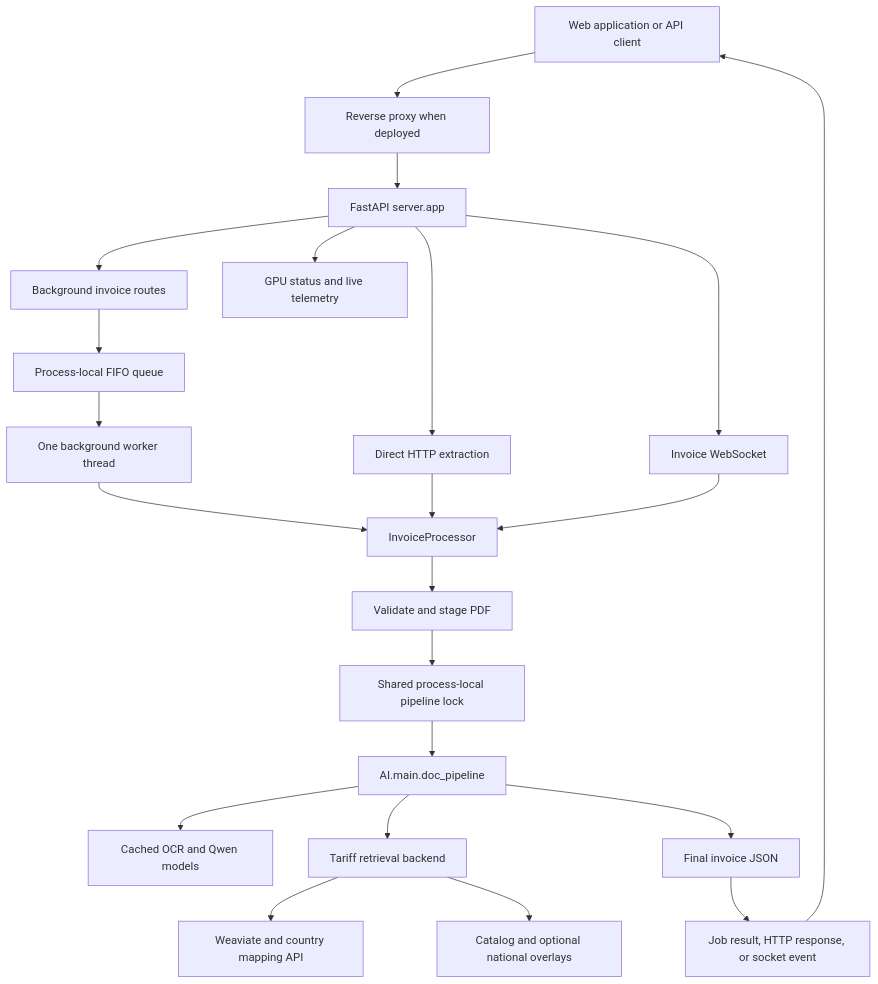
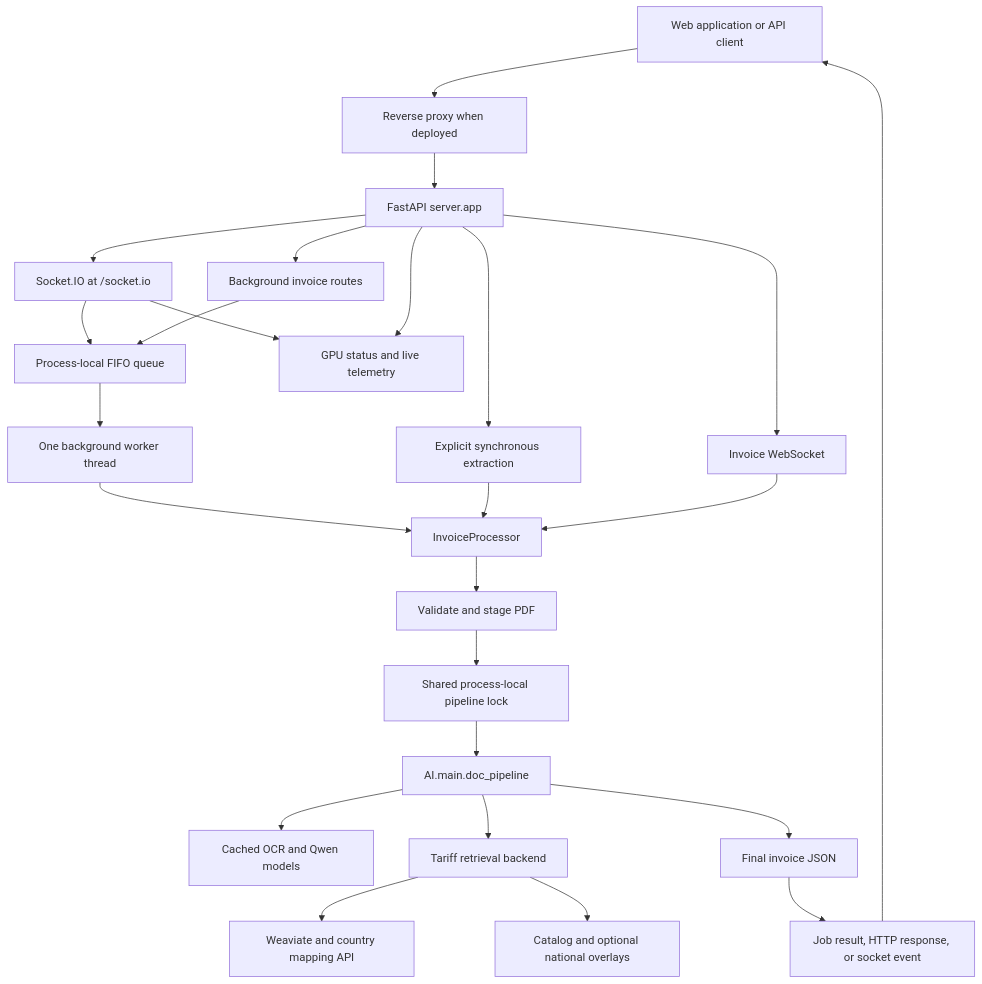
The first of 8 diagrams in document.md (Bugslogger/ocr-ai), drawn with Mermaid before and after one commit. The commit also changed other lines of this file and 12 other files, not shown here.

````diff
--- a/document.md
+++ b/document.md
@@ -66,24 +87,27 @@
 ```mermaid
 flowchart TD
     User[Web application or API client] --> Proxy[Reverse proxy when deployed]
     Proxy --> API[FastAPI server.app]
+    API --> SIO[Socket.IO at /socket.io]
+    SIO --> Queue
+    SIO --> Monitor
     API --> Jobs[Background invoice routes]
-    API --> Direct[Direct HTTP extraction]
+    API --> Direct[Explicit synchronous extraction]
     API --> Socket[Invoice WebSocket]
     Jobs --> Queue[Process-local FIFO queue]
     Queue --> Worker[One background worker thread]
     Worker --> Processor[InvoiceProcessor]
     Direct --> Processor
     Socket --> Processor
     Processor --> Validate[Validate and stage PDF]
     Validate --> Lock[Shared process-local pipeline lock]
     Lock --> Pipeline[AI.main.doc_pipeline]
     Pipeline --> Models[Cached OCR and Qwen models]
     Pipeline --> Retrieval[Tariff retrieval backend]
     Retrieval --> Weaviate[Weaviate and country mapping API]
     Retrieval --> Catalog[Catalog and optional national overlays]
     Pipeline --> JSON[Final invoice JSON]
     JSON --> Delivery[Job result, HTTP response, or socket event]
     Delivery --> User
     API --> Monitor[GPU status and live telemetry]
 ```
````
